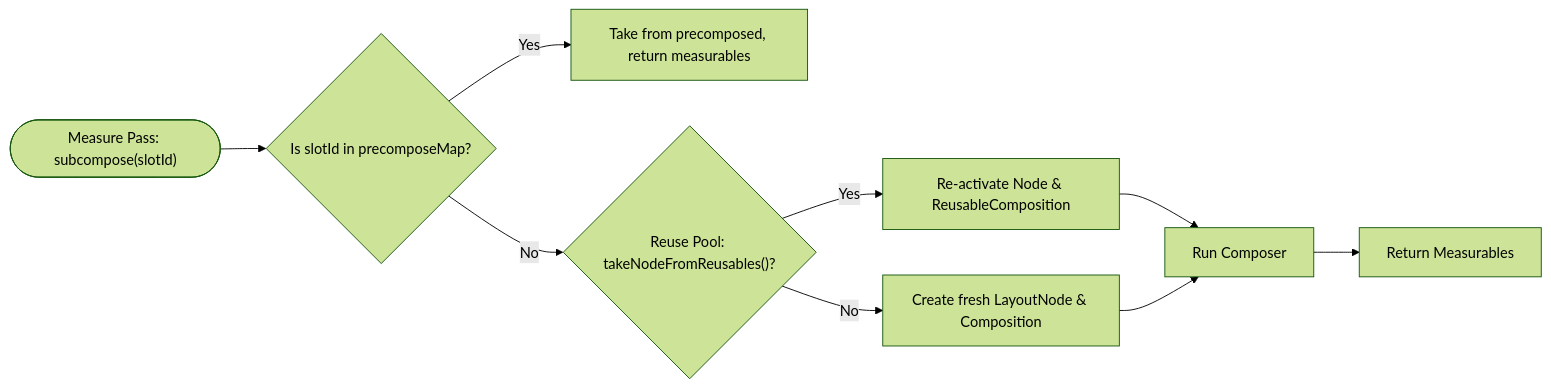
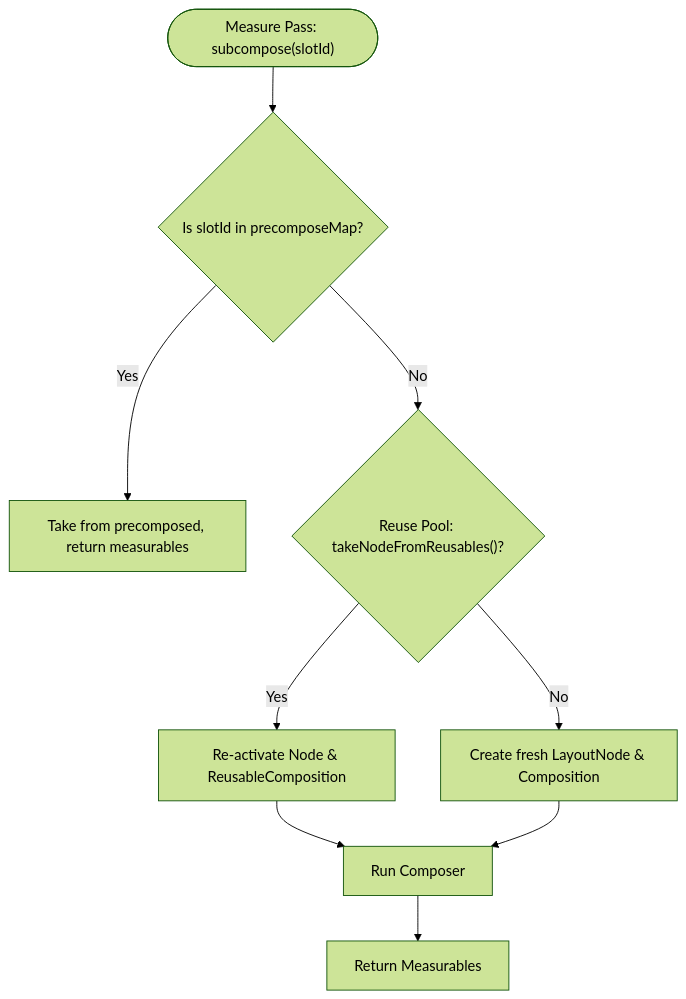
One commit to PatilShreyas/blog.shreyaspatil.dev changed the third of 3 diagrams in src/data/blog/inside-subcomposelayout-jetpack-composes-most-misunderstood-api.md. Above: the diagram before and after it, drawn with Mermaid (forest theme). The commit also changed other lines of this file, not shown here.

Commit message:
docs(blog): revert flowcharts back to TD for mobile readability

````diff
--- a/src/data/blog/inside-subcomposelayout-jetpack-composes-most-misunderstood-api.md
+++ b/src/data/blog/inside-subcomposelayout-jetpack-composes-most-misunderstood-api.md
@@ -260,11 +260,11 @@
 ```mermaid
-flowchart LR
+flowchart TD
     A(["Measure Pass: subcompose(slotId)"]) --> B{"Is slotId in precomposeMap?"}
     B -->|Yes| C["Take from precomposed, return measurables"]
     B -->|No| D{"Reuse Pool: takeNodeFromReusables()?"}
     D -->|Yes| E["Re-activate Node & ReusableComposition"]
     D -->|No| F["Create fresh LayoutNode & Composition"]
     E --> G["Run Composer"]
     F --> G
     G --> H["Return Measurables"]
 ```
````
